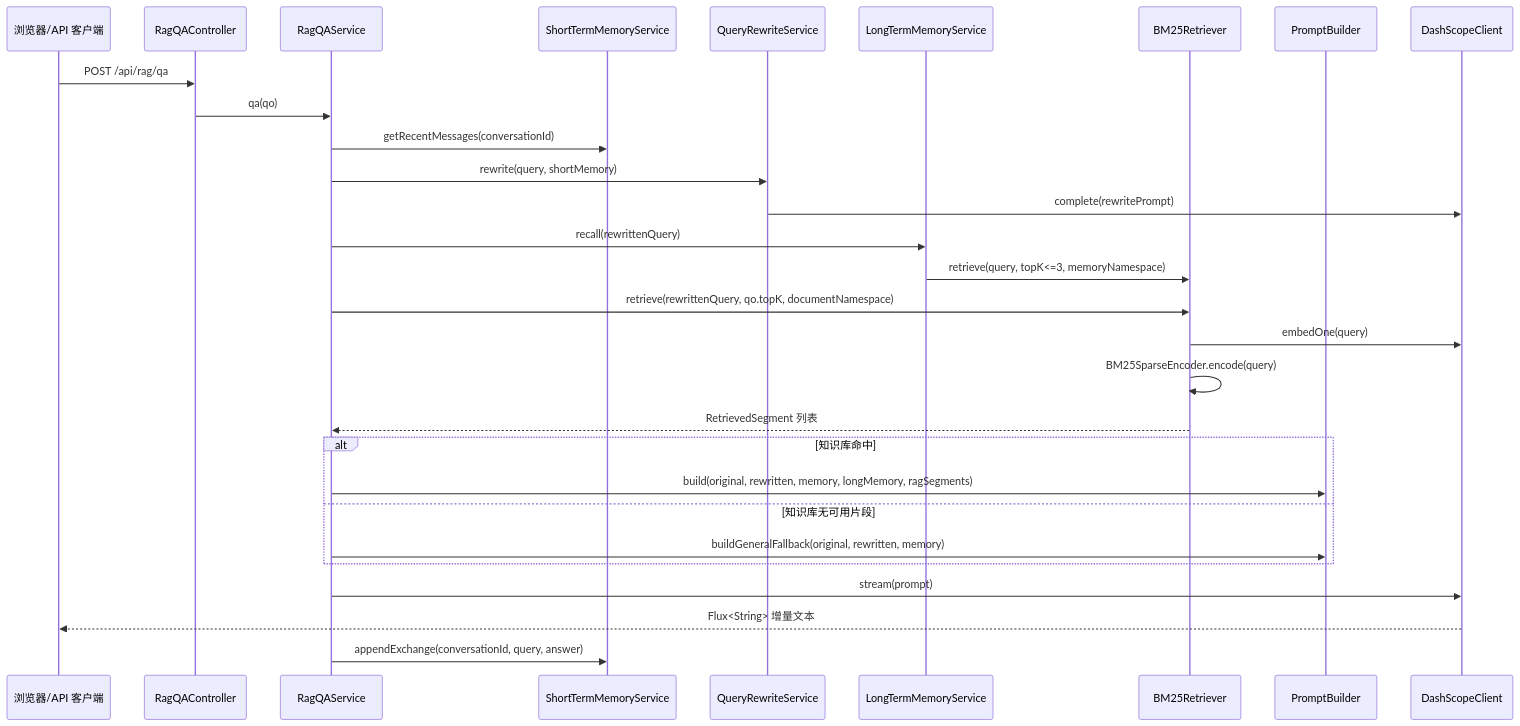
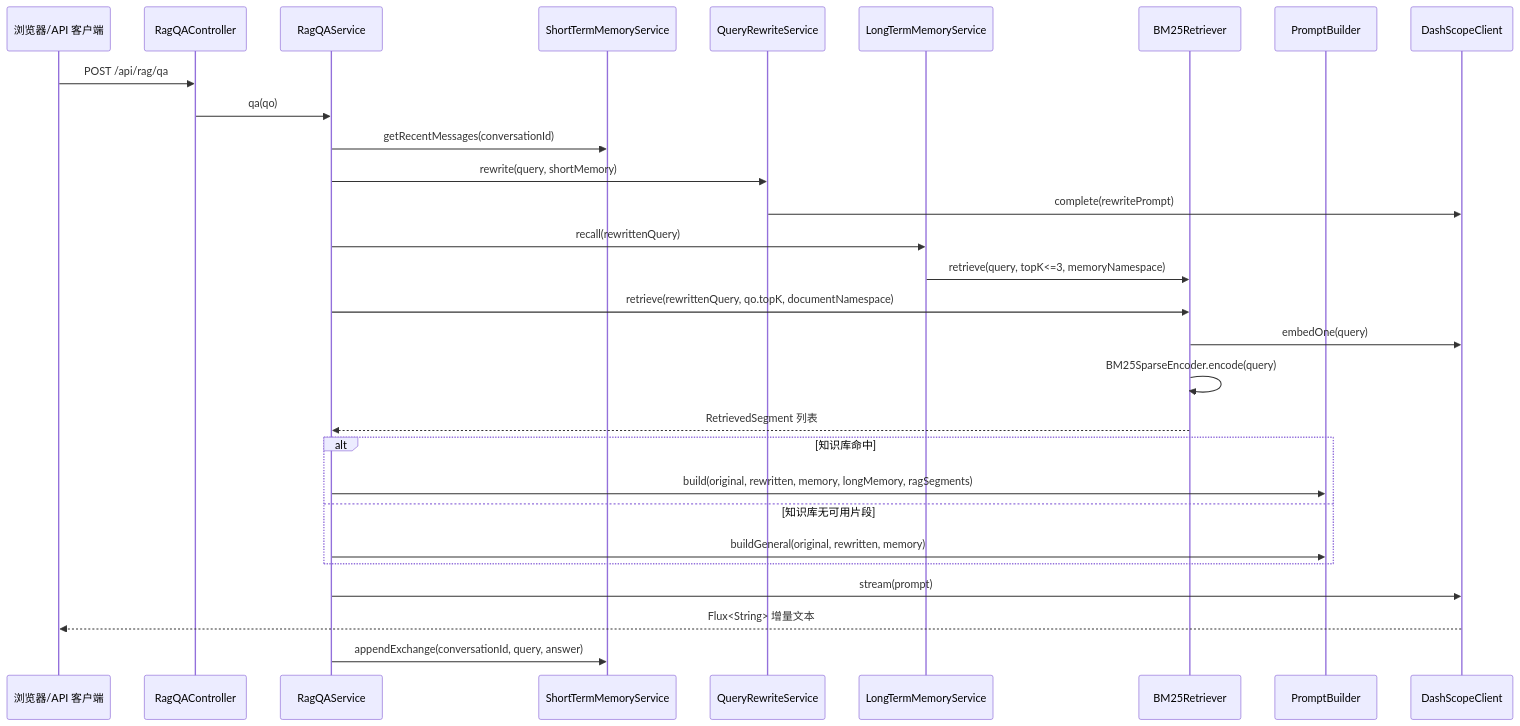
The second of 3 diagrams in .codex/rules/ai-readme/generated/核心流程.md (minislother/TeamRag), drawn with Mermaid before and after one commit. The commit also changed other lines of this file and 40 other files, not shown here.

Commit message:
Align RAG flow with sample implementation

````diff
--- a/.codex/rules/ai-readme/generated/核心流程.md
+++ b/.codex/rules/ai-readme/generated/核心流程.md
@@ -59,31 +59,31 @@
 ```mermaid
 sequenceDiagram
  participant Client as 浏览器/API 客户端
  participant Controller as RagQAController
  participant QA as RagQAService
  participant Short as ShortTermMemoryService
  participant Rewrite as QueryRewriteService
  participant Long as LongTermMemoryService
  participant Retriever as BM25Retriever
  participant Prompt as PromptBuilder
  participant Model as DashScopeClient
  Client->>Controller: POST /api/rag/qa
  Controller->>QA: qa(qo)
  QA->>Short: getRecentMessages(conversationId)
  QA->>Rewrite: rewrite(query, shortMemory)
  Rewrite->>Model: complete(rewritePrompt)
  QA->>Long: recall(rewrittenQuery)
  Long->>Retriever: retrieve(query, topK<=3, memoryNamespace)
  QA->>Retriever: retrieve(rewrittenQuery, qo.topK, documentNamespace)
  Retriever->>Model: embedOne(query)
  Retriever->>Retriever: BM25SparseEncoder.encode(query)
  Retriever-->>QA: RetrievedSegment 列表
  alt 知识库命中
  QA->>Prompt: build(original, rewritten, memory, longMemory, ragSegments)
  else 知识库无可用片段
- QA->>Prompt: buildGeneralFallback(original, rewritten, memory)
+ QA->>Prompt: buildGeneral(original, rewritten, memory)
  end
  QA->>Model: stream(prompt)
  Model-->>Client: Flux<String> 增量文本
  QA->>Short: appendExchange(conversationId, query, answer)
 ```
````
